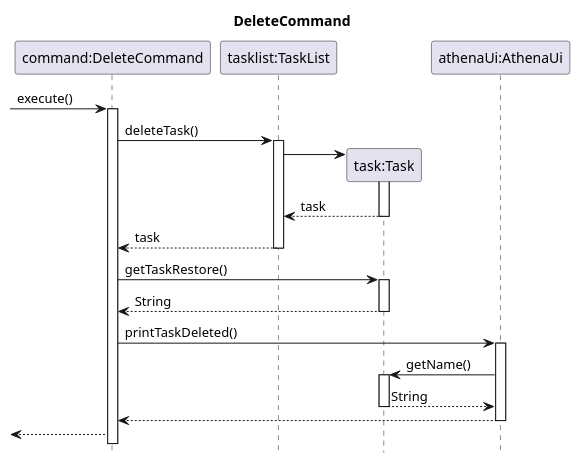
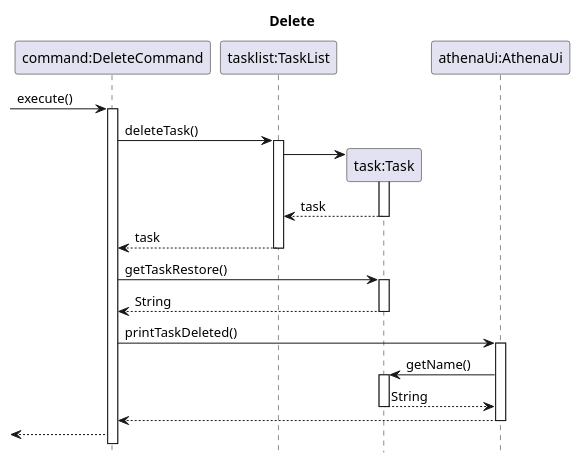
The diagram in docs/sequenceDiagrams/DeleteCommand.puml (wish2023/tp), drawn with PlantUML before and after one commit. The commit also changed 21 other files, not shown here.

Commit message:
Updated diagrams Minor modification to UG

```diff
--- a/docs/sequenceDiagrams/DeleteCommand.puml
+++ b/docs/sequenceDiagrams/DeleteCommand.puml
@@ -1,26 +1,26 @@
 @startuml
 hide footbox
-title DeleteCommand
+title Delete
 participant "command:DeleteCommand" as DeleteCommand
 participant "tasklist:TaskList" as TaskList
 participant "task:Task" as Task
 participant "athenaUi:AthenaUi" as AthenaUI
 
 ->DeleteCommand: execute()
 activate DeleteCommand
 DeleteCommand->TaskList: deleteTask()
 activate TaskList
 TaskList->Task**
 activate Task
 return task
 return task
 DeleteCommand->Task++:getTaskRestore()
 return String
 DeleteCommand->AthenaUI++: printTaskDeleted()
 AthenaUI->Task++:getName()
 return String
 AthenaUI-->DeleteCommand--:
 <--DeleteCommand:
 
 
 @enduml
```
